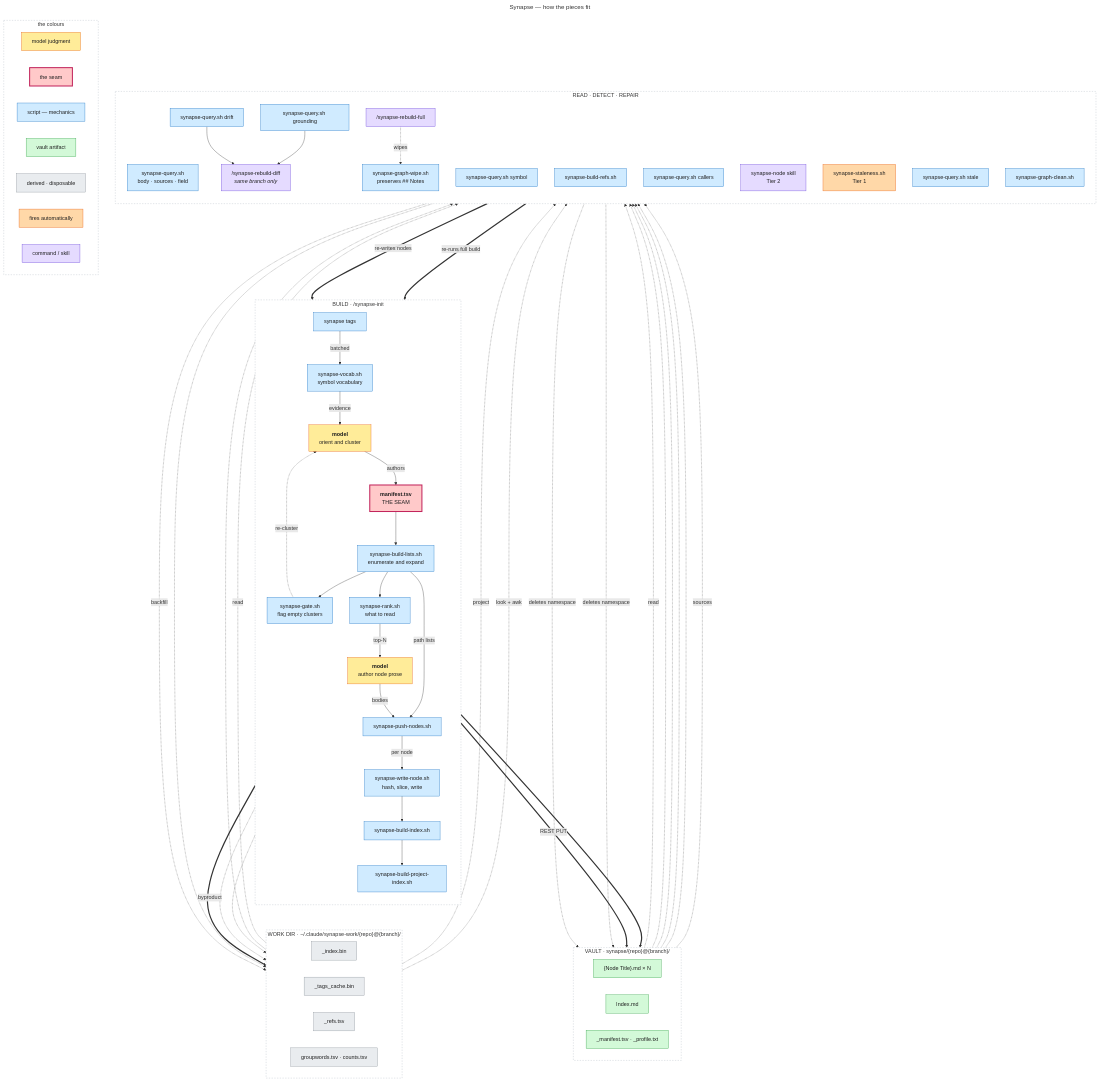
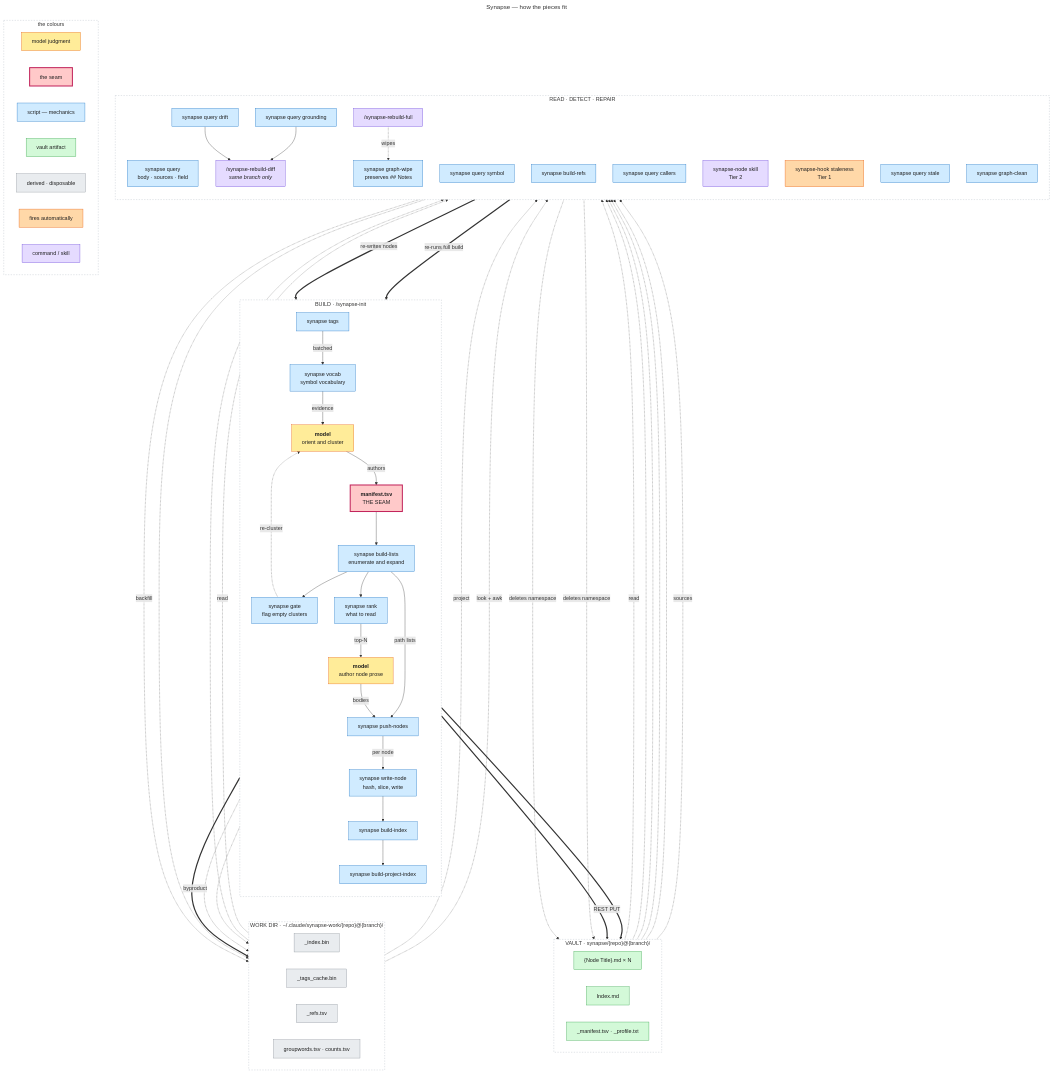
One commit to imunitic/synapse changed the diagram in docs/diagrams/synapse-pipeline.mmd. Above: the diagram before and after it, drawn with Mermaid. The commit also changed 76 other files, not shown here.

```diff
--- a/docs/diagrams/synapse-pipeline.mmd
+++ b/docs/diagrams/synapse-pipeline.mmd
@@ -1,154 +1,154 @@
 ---
 title: Synapse — how the pieces fit
 ---
 %% Colour carries the lane: what the MODEL judges, what a SCRIPT executes, what
 %% lands in the VAULT, and what is merely DERIVED into the work dir. Subgraphs
 %% carry the phase.
 %% --
 %% Read the yellow boxes' arrows in both directions and the whole design is
 %% there. Blue enters yellow twice -- vocabulary into clustering, ranked files
 %% into authoring -- and that is the evidence a judgment is made over, derived
 %% mechanically rather than gathered by hand. Yellow leaves for blue twice --
 %% manifest.tsv and the authored bodies -- and that is the seam, the only place
 %% interpretation is handed back to the scripts. Everything else is mechanical.
 %% --
 %% Boxes carry NAMES, not descriptions. What each one actually does lives in the
 %% reference table under this diagram in docs/synapse-graph.md. A box holding four
 %% lines of mechanism is a paragraph in a rectangle: it cannot be read at a glance,
 %% which is the only thing a diagram is better at than prose. Keep labels to a name
 %% plus at most a three-word role, and put the detail in the table.
 %% --
 %% Separator lines are `%% --`, never a bare `%%`: an empty comment swallows the
 %% following newline, so the next line is parsed glued onto it -- a bare `%%`
 %% directly above `flowchart TB` fails with "Parse error on line 1: %%flowchart".
 flowchart TB
     classDef model fill:#ffec99,stroke:#e8590c,color:#1e1e1e
     classDef seam fill:#ffc9c9,stroke:#c2255c,color:#1e1e1e,stroke-width:3px
     classDef script fill:#d0ebff,stroke:#1971c2,color:#1e1e1e
     classDef vault fill:#d3f9d8,stroke:#2f9e44,color:#1e1e1e
     classDef work fill:#e9ecef,stroke:#868e96,color:#1e1e1e
     classDef hook fill:#ffd8a8,stroke:#e8590c,color:#1e1e1e
     classDef cmd fill:#e5dbff,stroke:#6741d9,color:#1e1e1e
 
     subgraph BUILD["BUILD · /synapse-init"]
         direction TB
         TAGS["synapse tags"]
-        VOCAB["synapse-vocab.sh<br/>symbol vocabulary"]
+        VOCAB["synapse vocab<br/>symbol vocabulary"]
         ORIENT["<b>model</b><br/>orient and cluster"]
         MANIFEST["<b>manifest.tsv</b><br/>THE SEAM"]
-        LISTS["synapse-build-lists.sh<br/>enumerate and expand"]
-        GATE["synapse-gate.sh<br/>flag empty clusters"]
-        RANK["synapse-rank.sh<br/>what to read"]
+        LISTS["synapse build-lists<br/>enumerate and expand"]
+        GATE["synapse gate<br/>flag empty clusters"]
+        RANK["synapse rank<br/>what to read"]
         PROSE["<b>model</b><br/>author node prose"]
-        PUSH["synapse-push-nodes.sh"]
-        WRITE["synapse-write-node.sh<br/>hash, slice, write"]
-        IDX["synapse-build-index.sh"]
-        PIDX["synapse-build-project-index.sh"]
+        PUSH["synapse push-nodes"]
+        WRITE["synapse write-node<br/>hash, slice, write"]
+        IDX["synapse build-index"]
+        PIDX["synapse build-project-index"]
 
         TAGS -->|"batched"| VOCAB
         VOCAB -->|"evidence"| ORIENT
         ORIENT -->|"authors"| MANIFEST
         MANIFEST --> LISTS
         LISTS --> GATE
         GATE -.->|"re-cluster"| ORIENT
         LISTS --> RANK
         RANK -->|"top-N"| PROSE
         LISTS -->|"path lists"| PUSH
         PROSE -->|"bodies"| PUSH
         PUSH -->|"per node"| WRITE
         WRITE --> IDX --> PIDX
     end
 
     subgraph VAULT["VAULT · synapse/{repo}@{branch}/"]
         direction LR
         NODE["{Node Title}.md × N"]
         INDEX["Index.md"]
         AUX["_manifest.tsv · _profile.txt"]
     end
 
     subgraph WORK["WORK DIR · ~/.claude/synapse-work/{repo}@{branch}/"]
         direction LR
         IDXBIN["_index.bin"]
         TAGSCACHE["_tags_cache.bin"]
         REFSIDX["_refs.tsv"]
         WORDS["groupwords.tsv · counts.tsv"]
     end
 
     WRITE ==>|"REST PUT"| NODE
     IDX ==> IDXBIN
     PIDX ==> INDEX
     WRITE -.->|"byproduct"| TAGSCACHE
     VOCAB -.-> WORDS
 
     subgraph USE["READ · DETECT · REPAIR"]
         direction TB
-        QUERY["synapse-query.sh<br/>body · sources · field"]
-        SYMBOL["synapse-query.sh symbol"]
-        REFS["synapse-build-refs.sh"]
-        CALLERS["synapse-query.sh callers"]
+        QUERY["synapse query<br/>body · sources · field"]
+        SYMBOL["synapse query symbol"]
+        REFS["synapse build-refs"]
+        CALLERS["synapse query callers"]
         NODESKILL["synapse-node skill<br/>Tier 2"]
-        STALE1["synapse-staleness.sh<br/>Tier 1"]
-        STALE2["synapse-query.sh stale"]
-        DRIFT["synapse-query.sh drift"]
-        GROUND["synapse-query.sh grounding"]
+        STALE1["synapse-hook staleness<br/>Tier 1"]
+        STALE2["synapse query stale"]
+        DRIFT["synapse query drift"]
+        GROUND["synapse query grounding"]
         REBUILDDIFF["/synapse-rebuild-diff<br/><i>same branch only</i>"]
         REBUILDFULL["/synapse-rebuild-full"]
-        CLEAN["synapse-graph-clean.sh"]
-        WIPE["synapse-graph-wipe.sh<br/>preserves ## Notes"]
+        CLEAN["synapse graph-clean"]
+        WIPE["synapse graph-wipe<br/>preserves ## Notes"]
 
         DRIFT --> REBUILDDIFF
         GROUND --> REBUILDDIFF
         REBUILDFULL -.->|"wipes"| WIPE
     end
 
     NODE -.->|"read"| QUERY
     NODE -.-> NODESKILL
     IDXBIN -.-> STALE1
     NODE -.-> STALE2
     NODE -.-> DRIFT
     NODE -.-> GROUND
     NODE -.->|"sources"| SYMBOL
     TAGSCACHE -.->|"read"| SYMBOL
     SYMBOL -.->|"backfill"| TAGSCACHE
     TAGSCACHE -.->|"project"| REFS
     REFS -.-> REFSIDX
     REFSIDX -.->|"look + awk"| CALLERS
     REBUILDDIFF ==>|"re-writes nodes"| WRITE
     REBUILDFULL ==>|"re-runs full build"| BUILD
     CLEAN -.->|"deletes namespace"| NODE
     WIPE -.->|"deletes namespace"| NODE
 
     class ORIENT,PROSE model
     class MANIFEST seam
     class LISTS,PUSH,WRITE,IDX,PIDX,TAGS,VOCAB,GATE,RANK,QUERY,SYMBOL,REFS,CALLERS,STALE2,DRIFT,GROUND,CLEAN,WIPE script
     class NODE,INDEX,AUX vault
     class IDXBIN,TAGSCACHE,REFSIDX,WORDS work
     class STALE1 hook
     class REBUILDDIFF,REBUILDFULL,NODESKILL cmd
 
     subgraph KEY["the colours"]
         direction LR
         K1["model judgment"]
         K2["the seam"]
         K3["script — mechanics"]
         K4["vault artifact"]
         K7["derived · disposable"]
         K5["fires automatically"]
         K6["command / skill"]
     end
     class K1 model
     class K2 seam
     class K3 script
     class K4 vault
     class K7 work
     class K5 hook
     class K6 cmd
 
     %% Neutral subgraph fills: the default pale yellow competes with the model
     %% lane's own yellow, and the point of the palette is that the lane is
     %% readable at a glance.
     style BUILD fill:#ffffff,stroke:#adb5bd,stroke-dasharray:4 4
     style VAULT fill:#ffffff,stroke:#adb5bd,stroke-dasharray:4 4
     style WORK fill:#ffffff,stroke:#adb5bd,stroke-dasharray:4 4
     style USE fill:#ffffff,stroke:#adb5bd,stroke-dasharray:4 4
     style KEY fill:#ffffff,stroke:#adb5bd,stroke-dasharray:4 4
```
